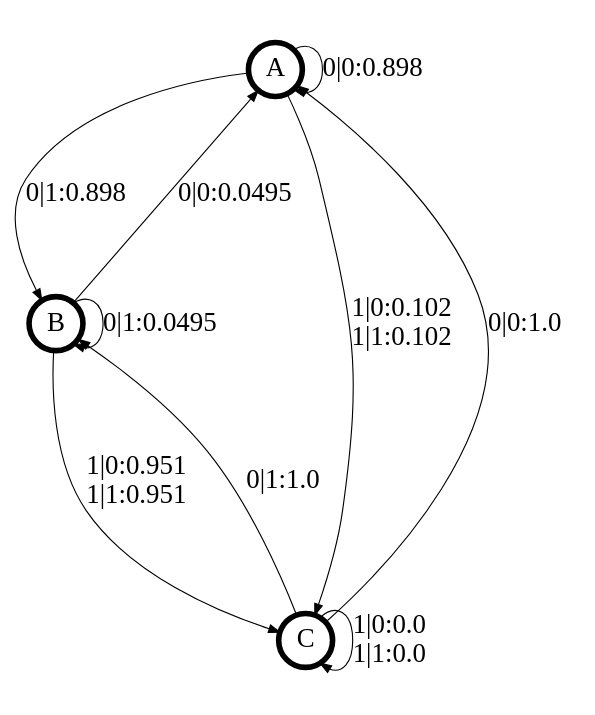
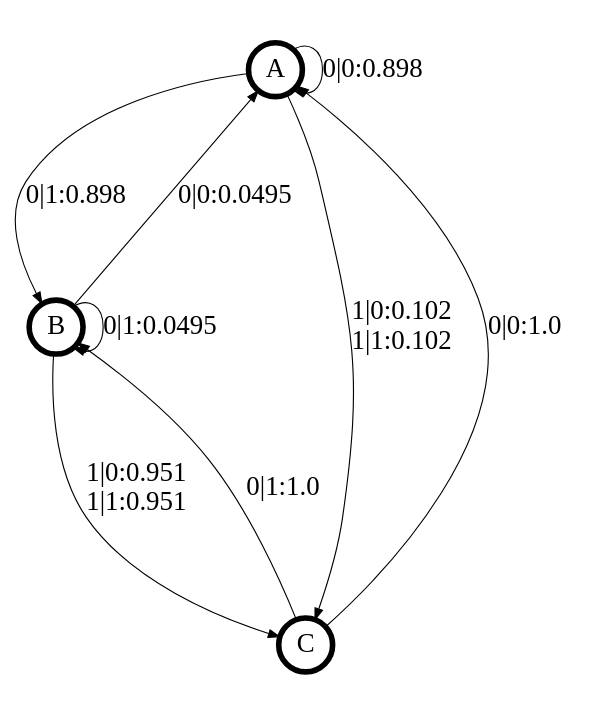
One commit to ddarmon/transCSSR changed the diagram in transCSSR_results/coinflip+coinflip-excite_w_refrac.dot. Above: the diagram before and after it, drawn with Graphviz. The commit also changed 22 other files, not shown here.

```diff
--- a/transCSSR_results/coinflip+coinflip-excite_w_refrac.dot
+++ b/transCSSR_results/coinflip+coinflip-excite_w_refrac.dot
@@ -1,21 +1,20 @@
 digraph  {
 size = "6,8.5";
 ratio = "fill";
 node
 [shape = circle];
 node [fontsize = 24];
 node [penwidth = 5];
 edge [fontsize = 24];
 node [fontname = "CMU Serif Roman"];
 graph [fontname = "CMU Serif Roman"];
 edge [fontname = "CMU Serif Roman"];
 A -> A [label = "0|0:0.898\l"];
 A -> B [label = "0|1:0.898\l"];
 A -> C [label = "1|0:0.102\l1|1:0.102\l"];
 B -> A [label = "0|0:0.0495\l"];
 B -> B [label = "0|1:0.0495\l"];
 B -> C [label = "1|0:0.951\l1|1:0.951\l"];
 C -> A [label = "0|0:1.0\l"];
 C -> B [label = "0|1:1.0\l"];
-C -> C [label = "1|0:0.0\l1|1:0.0\l"];
 }
```
